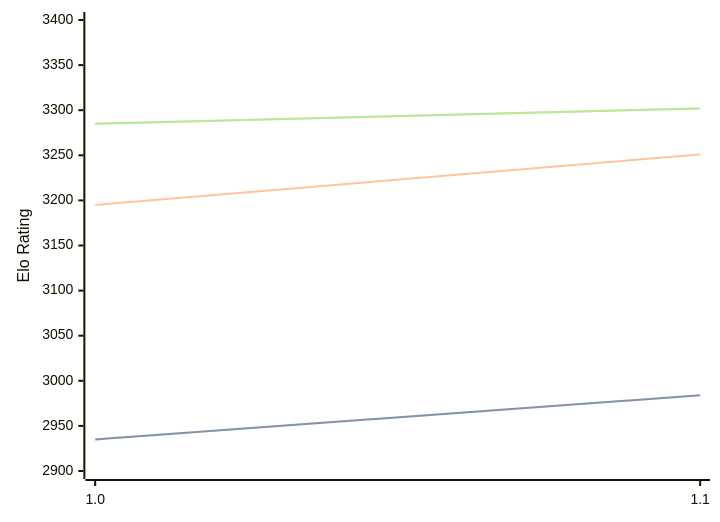
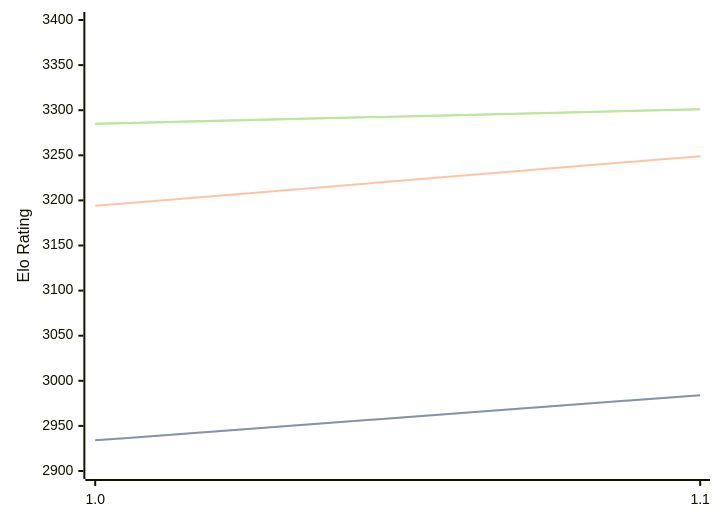
Before and after one commit to computer-chess-index/cci: the diagram in engines/RodentV.md, drawn with Mermaid. The commit also changed other lines of this file, not shown here.

Commit message:
Update CCI Ratings (ELO VLTC) - 2026-09-01

````diff
--- a/engines/RodentV.md
+++ b/engines/RodentV.md
@@ -33,11 +33,11 @@
 ```mermaid
 %%{init: {"theme":"base","themeVariables":{"seriesColors:['#a3a3a3','#222221','#faa371']}}}%%
 xychart-beta
   x-axis ["1.0", "1.1"]
   y-axis "Elo Rating" 2900 --> 3400
-  line "" [2935, 2984]
-  line "STC (8.0+0.08s)" [2935, 2984]
-  line "LTC (60.0+0.60s)" [3195, 3251]
-  line "" [3285, 3302]
-  line "VLTC (2m24s+1.12s)" [3285, 3302]
+  line "" [2934, 2984]
+  line "STC (8.0+0.08s)" [2934, 2984]
+  line "LTC (60.0+0.60s)" [3194, 3249]
+  line "" [3285, 3301]
+  line "VLTC (2m24s+1.12s)" [3285, 3301]
 ```
````
